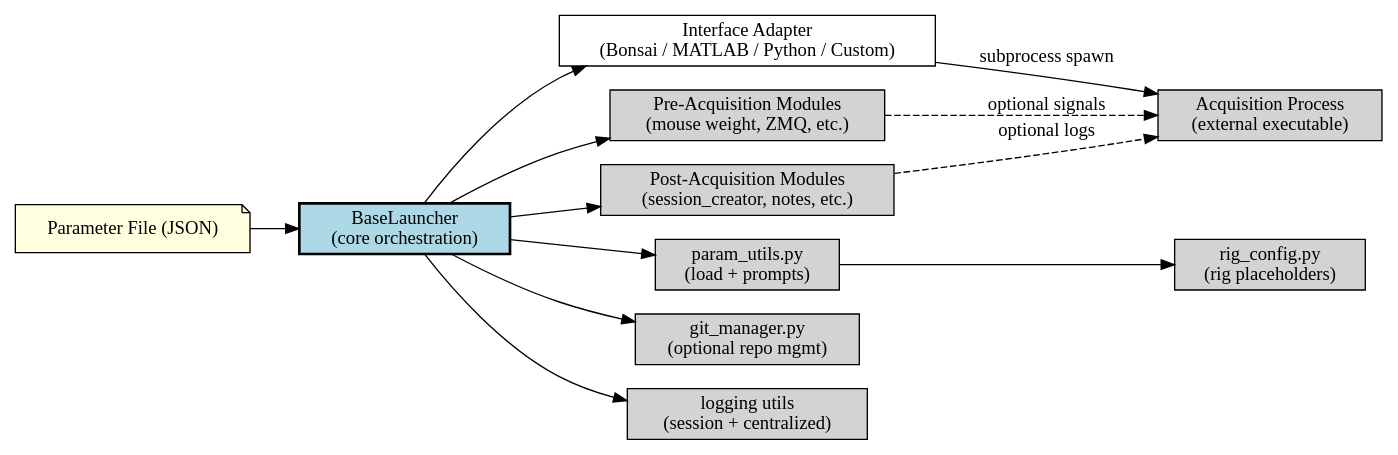
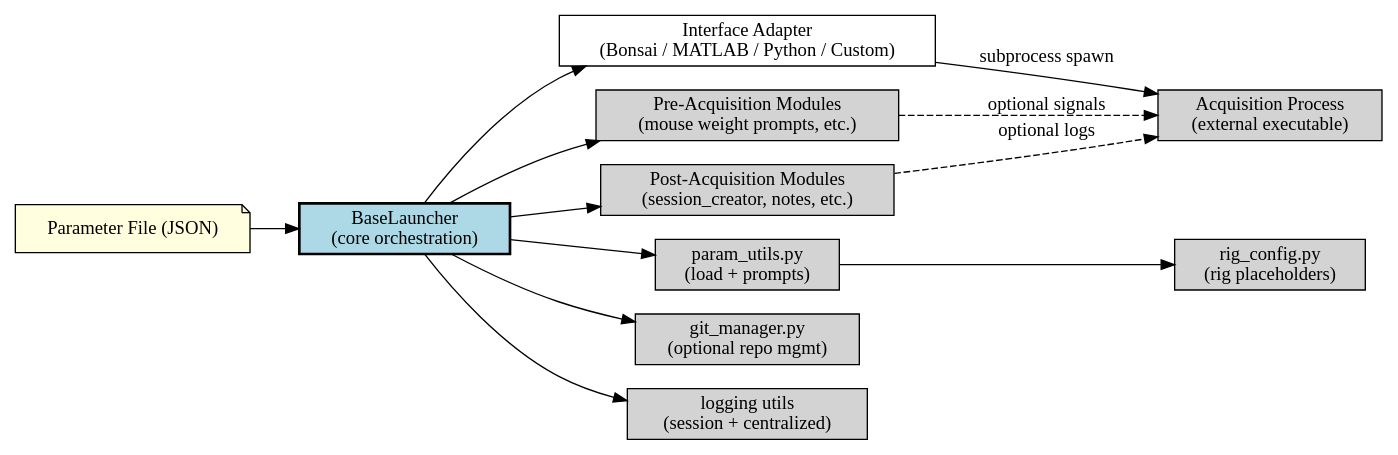
The second of 2 diagrams in docs/source/architecture.rst (AllenNeuralDynamics/openscope-experimental-launcher), drawn with Graphviz before and after one commit. The commit also changed other lines of this file and 4 other files, not shown here.

Commit message:
Update pre acquisition

```diff
--- a/docs/source/architecture.rst
+++ b/docs/source/architecture.rst
@@ -40,37 +40,37 @@
 .. graphviz::
 
    digraph launcher_architecture {
        rankdir=LR;
        node [shape=box, style=filled, fillcolor=lightgray];
 
        # Core entities
        ParamFile [label="Parameter File (JSON)", shape=note, fillcolor=lightyellow];
        BaseLauncher [label="BaseLauncher\n(core orchestration)", fillcolor=lightblue, style="filled,bold"];
        InterfaceAdapter [label="Interface Adapter\n(Bonsai / MATLAB / Python / Custom)", fillcolor=white, style="filled"];
-       PreModules [label="Pre-Acquisition Modules\n(mouse weight, ZMQ, etc.)"];
+   PreModules [label="Pre-Acquisition Modules\n(mouse weight prompts, etc.)"];
        PostModules [label="Post-Acquisition Modules\n(session_creator, notes, etc.)"];
        AcquisitionProc [label="Acquisition Process\n(external executable)"];
 
        # Utilities
        ParamUtils [label="param_utils.py\n(load + prompts)"];
        RigConfig [label="rig_config.py\n(rig placeholders)"];
        GitManager [label="git_manager.py\n(optional repo mgmt)"];
        Logging [label="logging utils\n(session + centralized)"];
 
        # Relationships
        ParamFile -> BaseLauncher;
        BaseLauncher -> ParamUtils;
        ParamUtils -> RigConfig;
        BaseLauncher -> PreModules;
        BaseLauncher -> InterfaceAdapter;
        InterfaceAdapter -> AcquisitionProc [label="subprocess spawn"];
        BaseLauncher -> PostModules;
        BaseLauncher -> GitManager;
        BaseLauncher -> Logging;
        PreModules -> AcquisitionProc [style=dashed, label="optional signals"];
        PostModules -> AcquisitionProc [style=dashed, label="optional logs"];
 
        # Pre and post remain independent
        PreModules [group=pre];
        PostModules [group=post];
    }
```
